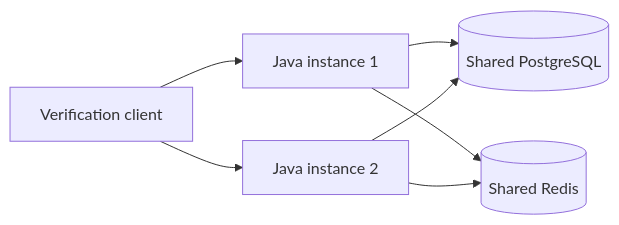
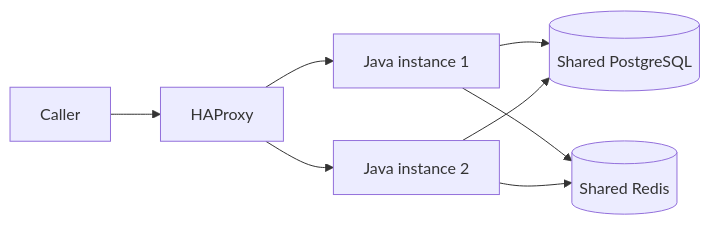
Before and after one commit to SibusisoMashita/fraud-rule-engine-service: the diagram in docs/SCALING.md, drawn with Mermaid. The commit also changed other lines of this file and 17 other files, not shown here.

````diff
--- a/docs/SCALING.md
+++ b/docs/SCALING.md
@@ -9,9 +7,10 @@
 ```mermaid
 flowchart LR
-    Client[Verification client] --> A[Java instance 1]
-    Client --> B[Java instance 2]
+    Caller --> LB[HAProxy]
+    LB --> A[Java instance 1]
+    LB --> B[Java instance 2]
     A --> DB[(Shared PostgreSQL)]
     B --> DB
     A --> Redis[(Shared Redis)]
     B --> Redis
 ```
````
